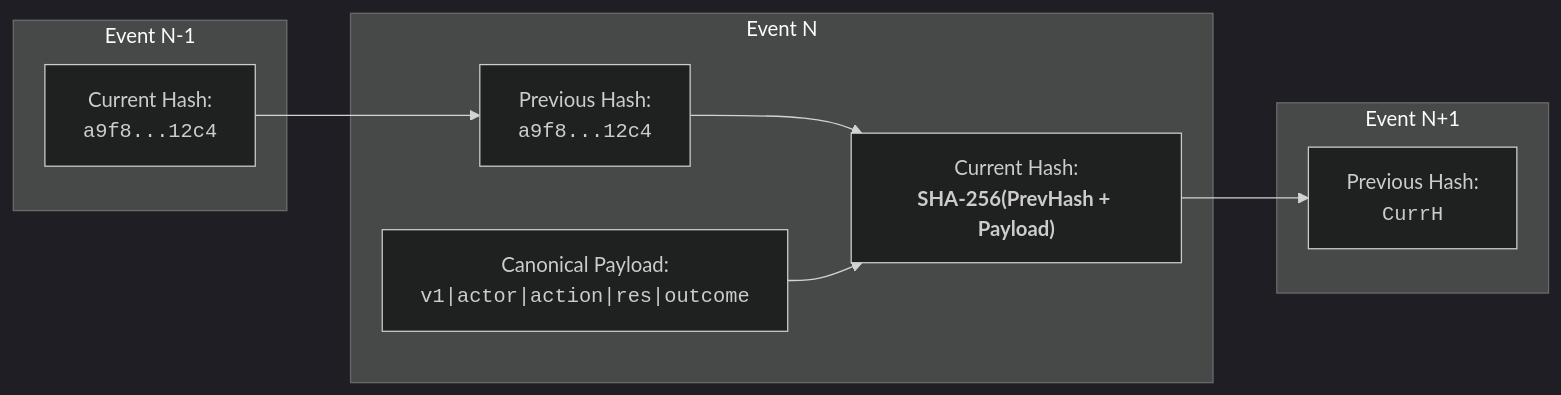
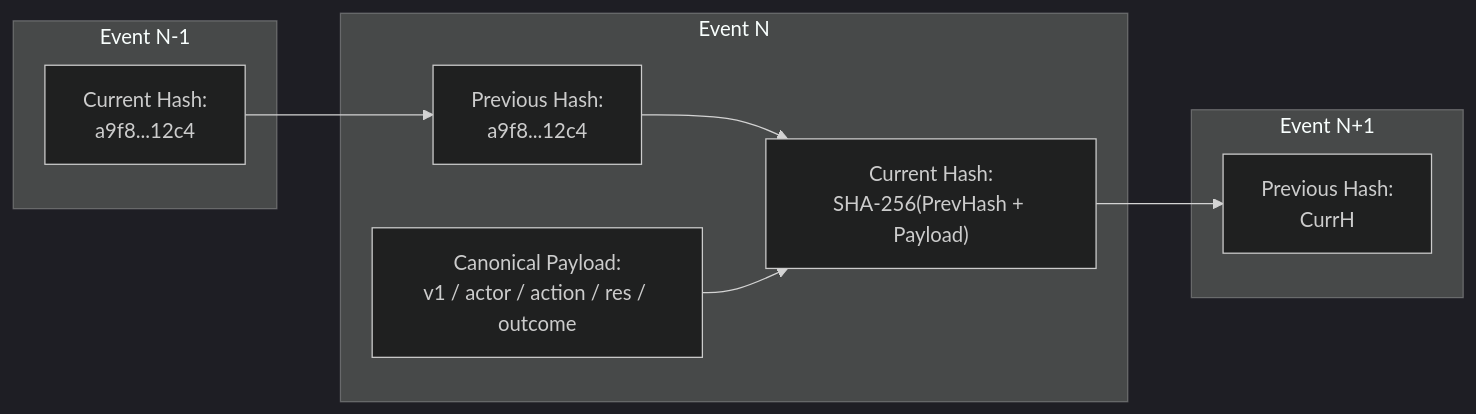
One commit to RASH-2137/redmesh changed the fourth of 4 diagrams in README.md. Above: the diagram before and after it, drawn with Mermaid (dark theme). The commit also changed other lines of this file, not shown here.

````diff
--- a/README.md
+++ b/README.md
@@ -181,21 +181,21 @@
 ```mermaid
 flowchart LR
     subgraph Event1 ["Event N-1"]
-        H1["Current Hash:<br/><code>a9f8...12c4</code>"]
+        H1["Current Hash:<br/>a9f8...12c4"]
     end
 
     subgraph Event2 ["Event N"]
-        PrevH["Previous Hash:<br/><code>a9f8...12c4</code>"]
-        Payload["Canonical Payload:<br/><code>v1|actor|action|res|outcome</code>"]
-        CurrH["Current Hash:<br/><b>SHA-256(PrevHash + Payload)</b>"]
+        PrevH["Previous Hash:<br/>a9f8...12c4"]
+        Payload["Canonical Payload:<br/>v1 / actor / action / res / outcome"]
+        CurrH["Current Hash:<br/>SHA-256(PrevHash + Payload)"]
         PrevH --> CurrH
         Payload --> CurrH
     end
 
     subgraph Event3 ["Event N+1"]
-        NextPrev["Previous Hash:<br/><code>CurrH</code>"]
+        NextPrev["Previous Hash:<br/>CurrH"]
     end
 
     H1 --> PrevH
     CurrH --> NextPrev
 ```
````
